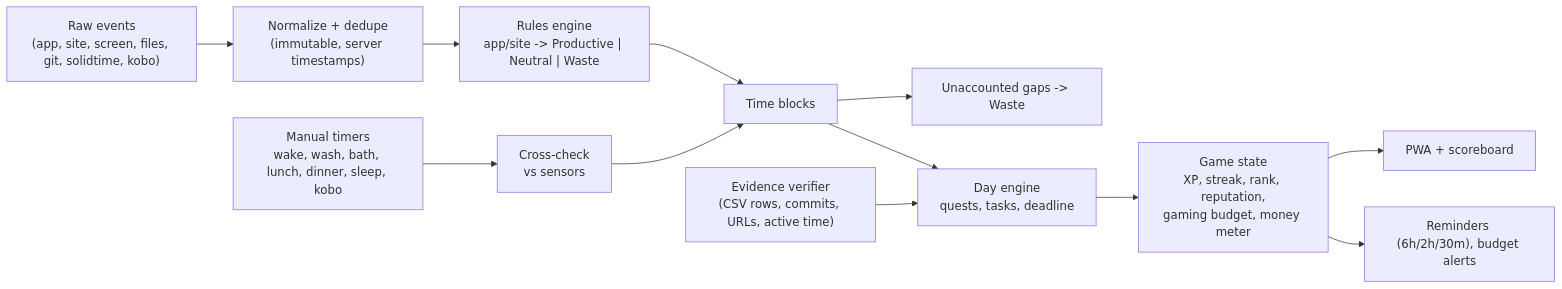
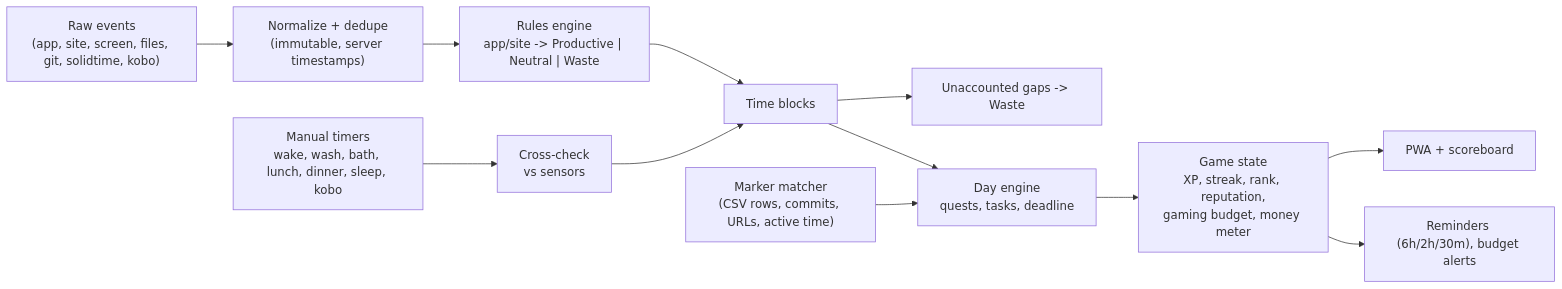
Before and after one commit to MSVhora/life-game: the second of 6 diagrams in docs/ARCHITECTURE.md, drawn with Mermaid. The commit also changed other lines of this file and 11 other files, not shown here.

````diff
--- a/docs/ARCHITECTURE.md
+++ b/docs/ARCHITECTURE.md
@@ -39,14 +39,14 @@
 ```mermaid
 flowchart LR
   E["Raw events\n(app, site, screen, files, git, solidtime, kobo)"] --> N["Normalize + dedupe\n(immutable, server timestamps)"]
   N --> R["Rules engine\napp/site -> Productive | Neutral | Waste"]
   M["Manual timers\nwake, wash, bath, lunch, dinner, sleep, kobo"] --> X["Cross-check\nvs sensors"]
   R --> TB["Time blocks"]
   X --> TB
   TB --> U["Unaccounted gaps -> Waste"]
-  EV["Evidence verifier\n(CSV rows, commits, URLs, active time)"] --> W["Day engine\nquests, tasks, deadline"]
+  EV["Marker matcher\n(CSV rows, commits, URLs, active time)"] --> W["Day engine\nquests, tasks, deadline"]
   TB --> W
   W --> G["Game state\nXP, streak, rank, reputation,\ngaming budget, money meter"]
   G --> UI["PWA + scoreboard"]
   G --> NO["Reminders (6h/2h/30m), budget alerts"]
 ```
````
